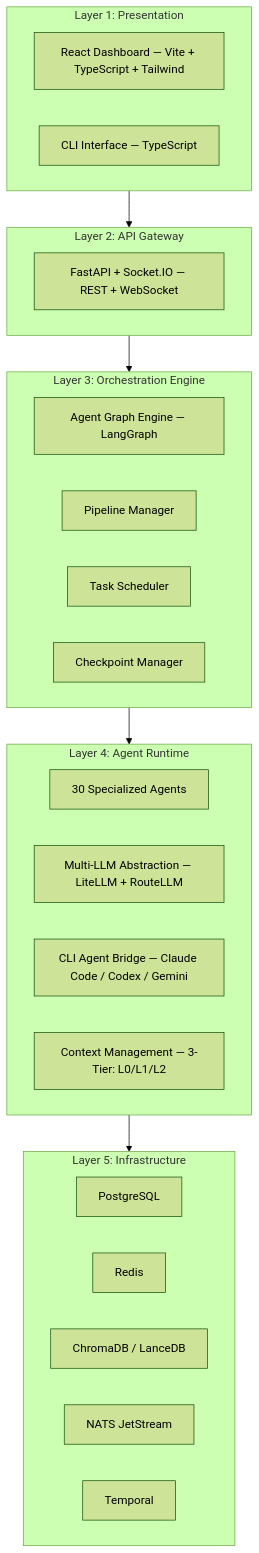
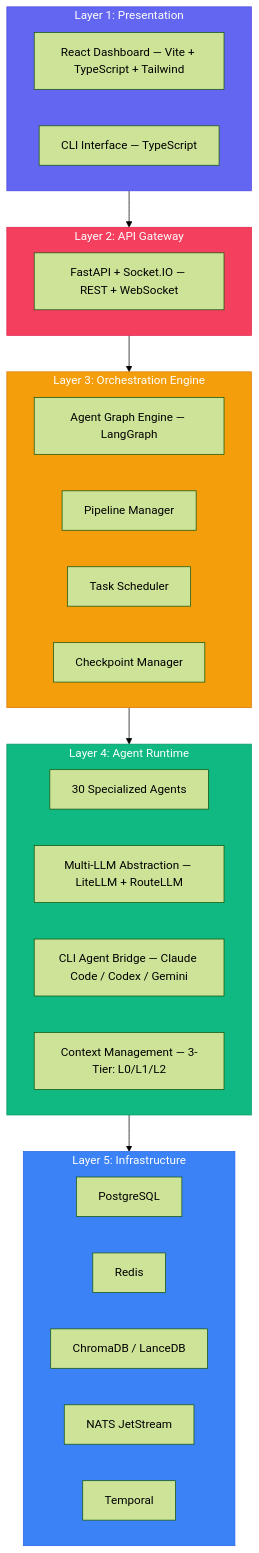
The third of 3 diagrams in README.md (veerababumanyam/CodeBot), drawn with Mermaid (forest theme) before and after one commit. The commit also changed other lines of this file, not shown here.

First line of the commit message:
style(readme): add vibrant colors to Mermaid diagrams

````diff
--- a/README.md
+++ b/README.md
@@ -567,38 +577,44 @@
 ```mermaid
 graph TB
     subgraph L1["Layer 1: Presentation"]
         Dashboard["React Dashboard — Vite + TypeScript + Tailwind"]
         CLI["CLI Interface — TypeScript"]
     end
 
     subgraph L2["Layer 2: API Gateway"]
         API["FastAPI + Socket.IO — REST + WebSocket"]
     end
 
     subgraph L3["Layer 3: Orchestration Engine"]
         Graph["Agent Graph Engine — LangGraph"]
         Pipeline["Pipeline Manager"]
         Scheduler["Task Scheduler"]
         Checkpoint["Checkpoint Manager"]
     end
 
     subgraph L4["Layer 4: Agent Runtime"]
         Agents["30 Specialized Agents"]
         LLM["Multi-LLM Abstraction — LiteLLM + RouteLLM"]
         CLIAgents["CLI Agent Bridge — Claude Code / Codex / Gemini"]
         Context["Context Management — 3-Tier: L0/L1/L2"]
     end
 
     subgraph L5["Layer 5: Infrastructure"]
         PG["PostgreSQL"]
         Redis["Redis"]
         Vector["ChromaDB / LanceDB"]
         NATS["NATS JetStream"]
         Temporal["Temporal"]
     end
 
     L1 --> L2
     L2 --> L3
     L3 --> L4
     L4 --> L5
+
+    style L1 fill:#6366F1,stroke:#4F46E5,color:#fff
+    style L2 fill:#F43F5E,stroke:#E11D48,color:#fff
+    style L3 fill:#F59E0B,stroke:#D97706,color:#fff
+    style L4 fill:#10B981,stroke:#059669,color:#fff
+    style L5 fill:#3B82F6,stroke:#2563EB,color:#fff
 ```
````
